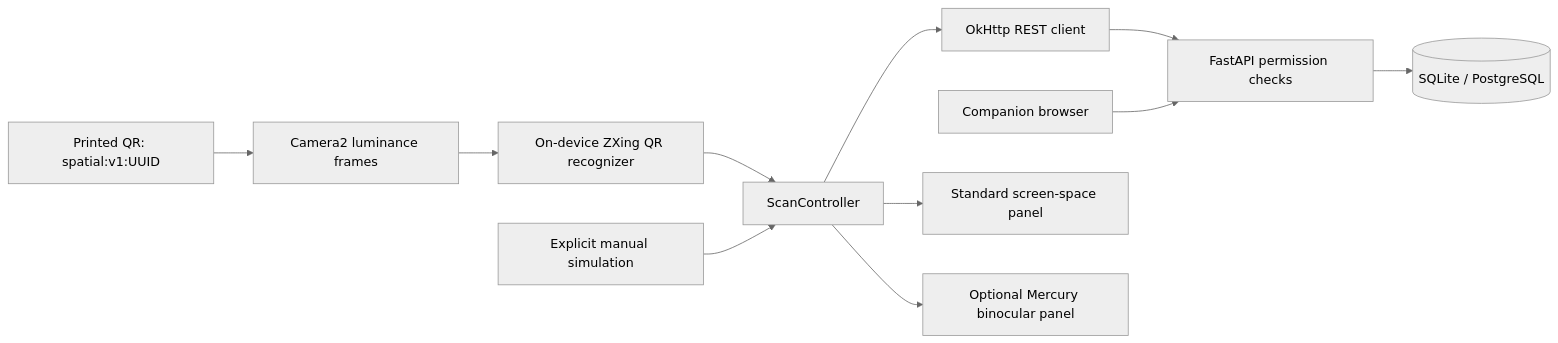
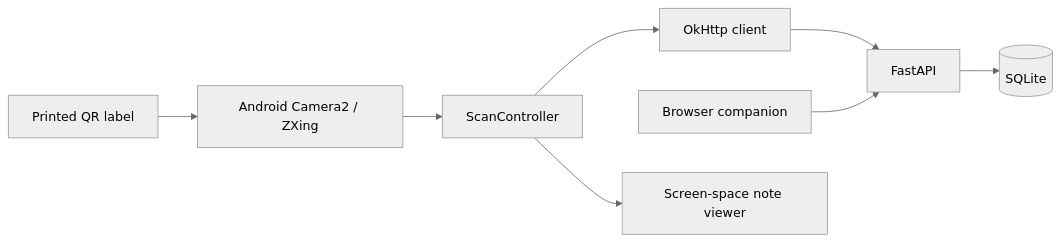
One commit to ahjcgit/spatial-annotations changed the diagram in docs/ARCHITECTURE.md. Above: the diagram before and after it, drawn with Mermaid (neutral theme). The commit also changed other lines of this file and 25 other files, not shown here.

````diff
--- a/docs/ARCHITECTURE.md
+++ b/docs/ARCHITECTURE.md
@@ -7,13 +5,10 @@
 ```mermaid
 flowchart LR
-    Q[Printed QR: spatial:v1:UUID] --> C[Camera2 luminance frames]
-    C --> R[On-device ZXing QR recognizer]
-    R --> S[ScanController]
-    M[Explicit manual simulation] --> S
-    S --> A[OkHttp REST client]
-    A --> F[FastAPI permission checks]
-    W[Companion browser] --> F
-    F --> D[(SQLite / PostgreSQL)]
-    S --> P[Standard screen-space panel]
-    S --> V[Optional Mercury binocular panel]
+    Q[Printed QR label] --> C[Android Camera2 / ZXing]
+    C --> S[ScanController]
+    S --> A[OkHttp client]
+    A --> F[FastAPI]
+    W[Browser companion] --> F
+    F --> D[(SQLite)]
+    S --> V[Screen-space note viewer]
 ```
````
